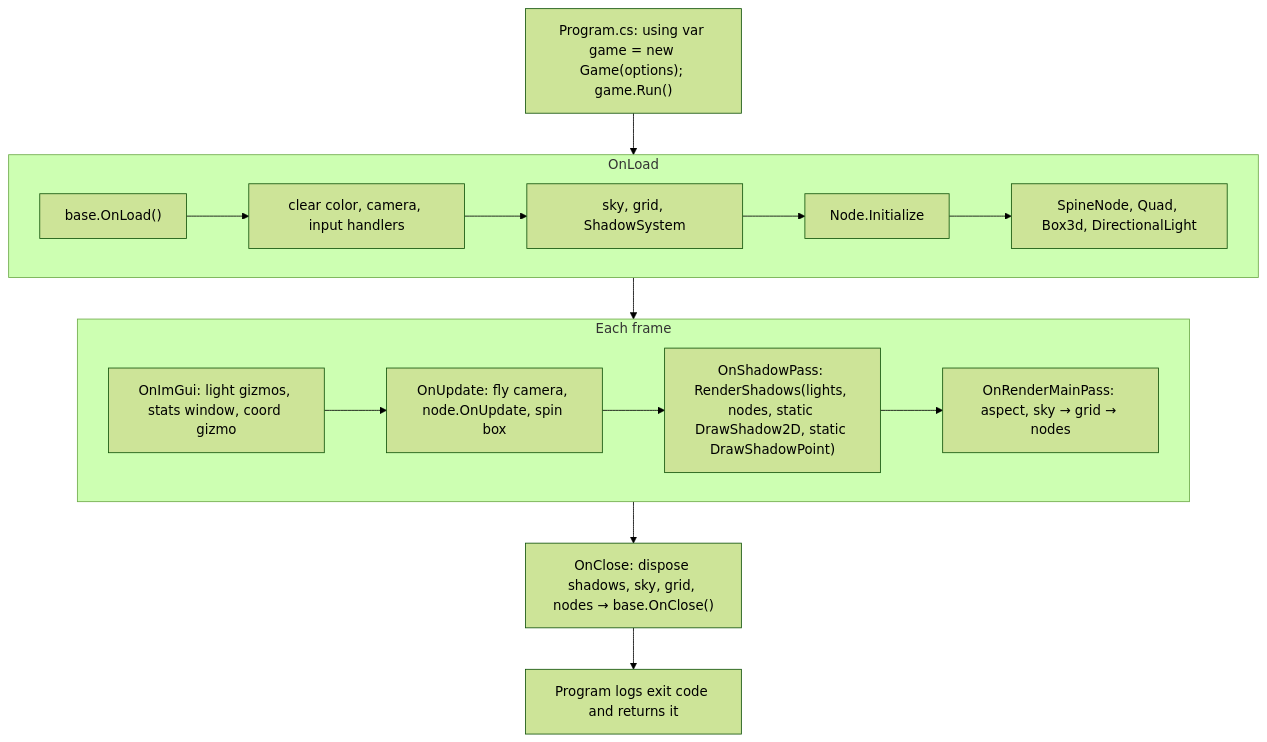
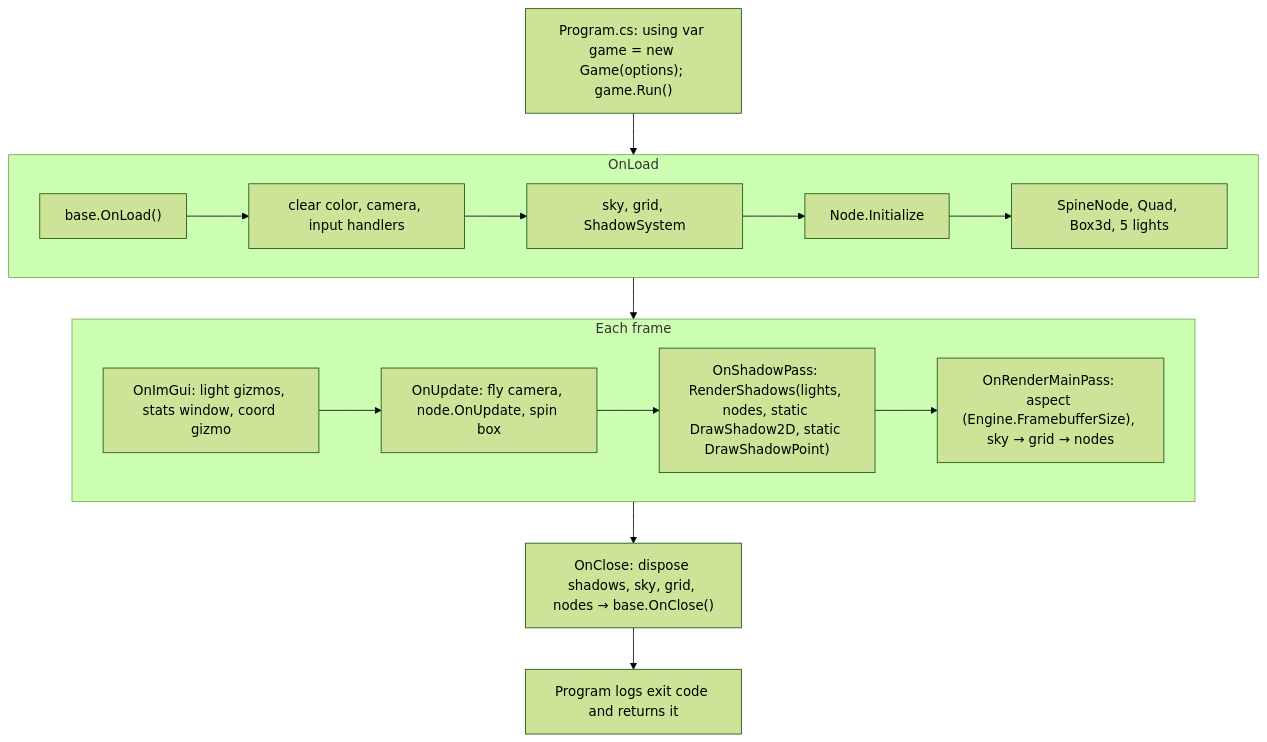
The diagram in docs/design/sandbox.md (Mainframe-Games/mainframe-engine), drawn with Mermaid (forest theme) before and after one commit. The commit also changed other lines of this file and 14 other files, not shown here.

````diff
--- a/docs/design/sandbox.md
+++ b/docs/design/sandbox.md
@@ -37,16 +48,16 @@
 ```mermaid
 flowchart TD
     P["Program.cs: using var game = new Game(options); game.Run()"] --> L
     subgraph L["OnLoad"]
         L1["base.OnLoad()"] --> L2["clear color, camera, input handlers"]
-        L2 --> L3["sky, grid, ShadowSystem"] --> L4["Node.Initialize"] --> L5["SpineNode, Quad, Box3d, DirectionalLight"]
+        L2 --> L3["sky, grid, ShadowSystem"] --> L4["Node.Initialize"] --> L5["SpineNode, Quad, Box3d, 5 lights"]
     end
     L --> F
     subgraph F["Each frame"]
         F1["OnImGui: light gizmos, stats window, coord gizmo"] --> F2["OnUpdate: fly camera, node.OnUpdate, spin box"]
         F2 --> F3["OnShadowPass: RenderShadows(lights, nodes, static DrawShadow2D, static DrawShadowPoint)"]
-        F3 --> F4["OnRenderMainPass: aspect, sky → grid → nodes"]
+        F3 --> F4["OnRenderMainPass: aspect (Engine.FramebufferSize), sky → grid → nodes"]
     end
     F --> C["OnClose: dispose shadows, sky, grid, nodes → base.OnClose()"]
     C --> X["Program logs exit code and returns it"]
 ```
````
